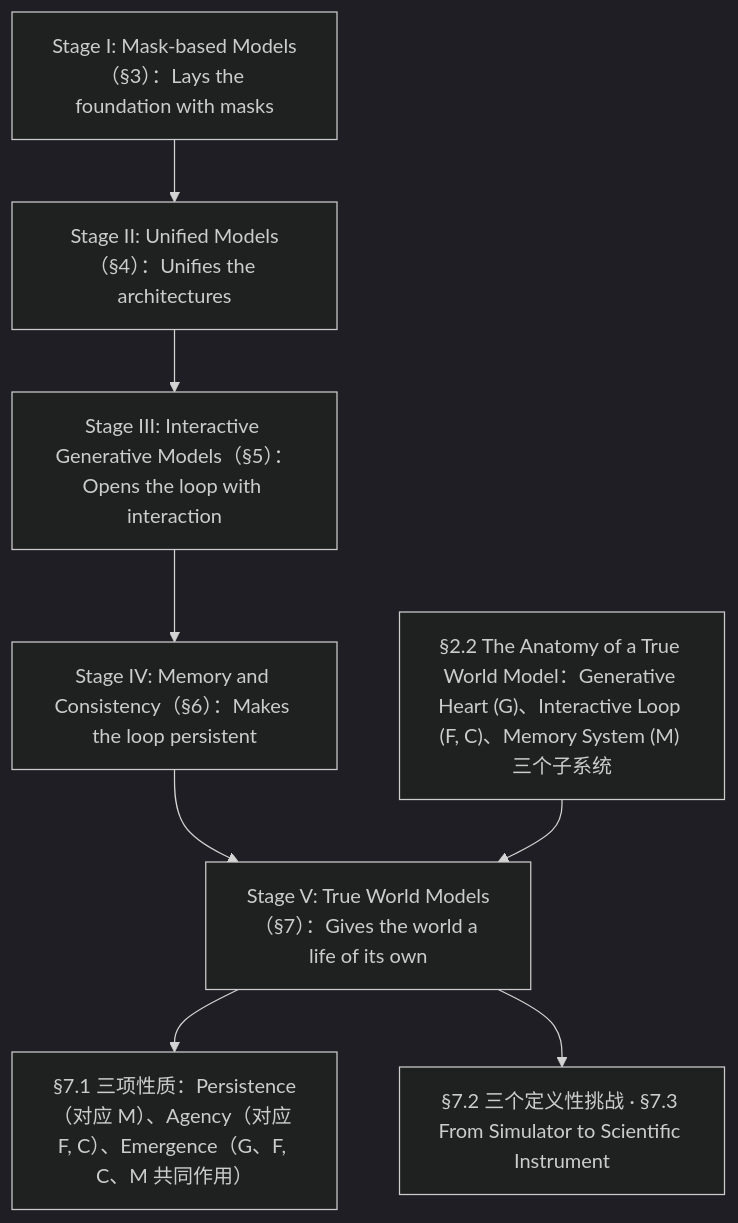
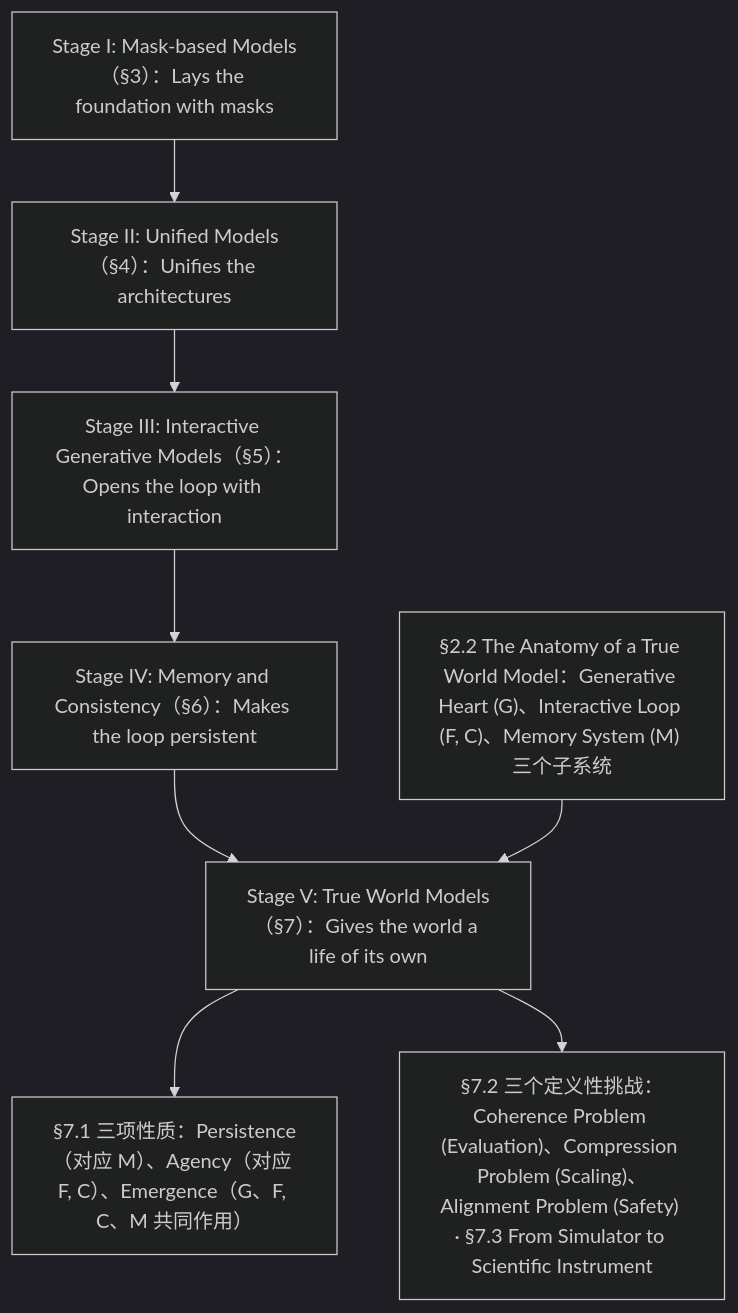
One commit to ImChong/Robotics_Notebooks changed the diagram in wiki/entities/paper-sa-2510-20668-from-masks-to-worlds-a-hitchhiker-s-guide-to-wor.md. Above: the diagram before and after it, drawn with Mermaid (dark theme). The commit also changed 2 other files, not shown here.

Commit message:
wiki: 项目实体页源码时序图与剩余论文页流程图（进行中）
Claude-Session: https://claude.ai/code/session_01D1S85ET1zzauv9sL79W4SB

````diff
--- a/wiki/entities/paper-sa-2510-20668-from-masks-to-worlds-a-hitchhiker-s-guide-to-wor.md
+++ b/wiki/entities/paper-sa-2510-20668-from-masks-to-worlds-a-hitchhiker-s-guide-to-wor.md
@@ -47,13 +47,13 @@
 ```mermaid
 flowchart TD
     ANAT["§2.2 The Anatomy of a True World Model：Generative Heart (G)、Interactive Loop (F, C)、Memory System (M) 三个子系统"]
     S1["Stage I: Mask-based Models（§3）：Lays the foundation with masks"]
     S2["Stage II: Unified Models（§4）：Unifies the architectures"]
     S3["Stage III: Interactive Generative Models（§5）：Opens the loop with interaction"]
     S4["Stage IV: Memory and Consistency（§6）：Makes the loop persistent"]
     S5["Stage V: True World Models（§7）：Gives the world a life of its own"]
     S1 --> S2 --> S3 --> S4 --> S5
     ANAT --> S5
     S5 --> P["§7.1 三项性质：Persistence（对应 M）、Agency（对应 F, C）、Emergence（G、F, C、M 共同作用）"]
-    S5 --> P2["§7.2 三个定义性挑战 · §7.3 From Simulator to Scientific Instrument"]
+    S5 --> P2["§7.2 三个定义性挑战：Coherence Problem (Evaluation)、Compression Problem (Scaling)、Alignment Problem (Safety) · §7.3 From Simulator to Scientific Instrument"]
 ```
````
